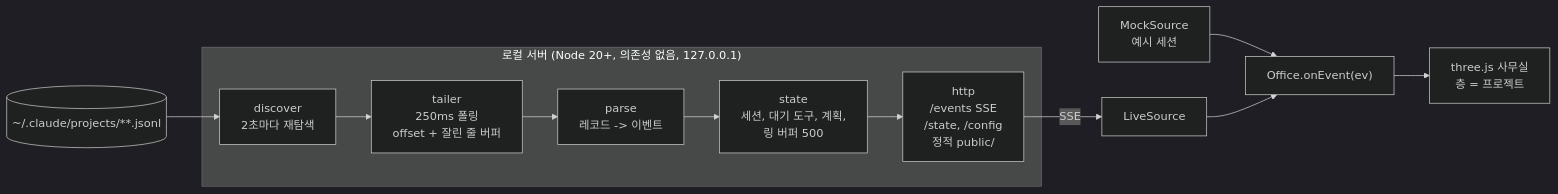
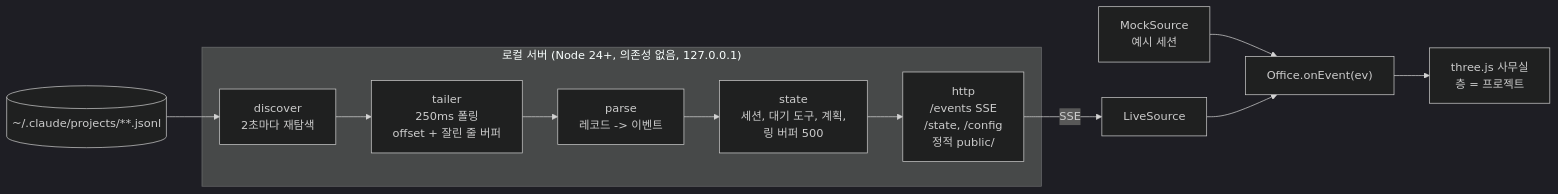
The diagram in PLAN.md (WahyzMaster/office-sim), drawn with Mermaid (dark theme) before and after one commit. The commit also changed other lines of this file and 8 other files, not shown here.

````diff
--- a/PLAN.md
+++ b/PLAN.md
@@ -40,14 +40,14 @@
 ```mermaid
 flowchart LR
-  subgraph Local["로컬 서버 (Node 20+, 의존성 없음, 127.0.0.1)"]
+  subgraph Local["로컬 서버 (Node 24+, 의존성 없음, 127.0.0.1)"]
     D["discover<br/>2초마다 재탐색"] --> T["tailer<br/>250ms 폴링<br/>offset + 잘린 줄 버퍼"]
     T --> P["parse<br/>레코드 -> 이벤트"]
     P --> S["state<br/>세션, 대기 도구, 계획,<br/>링 버퍼 500"]
     S --> H["http<br/>/events SSE<br/>/state, /config<br/>정적 public/"]
   end
   J[("~/.claude/projects/**.jsonl")] --> D
   H -->|SSE| L["LiveSource"]
   M["MockSource<br/>예시 세션"] --> O
   L --> O["Office.onEvent(ev)"]
   O --> V["three.js 사무실<br/>층 = 프로젝트"]
 ```
````
